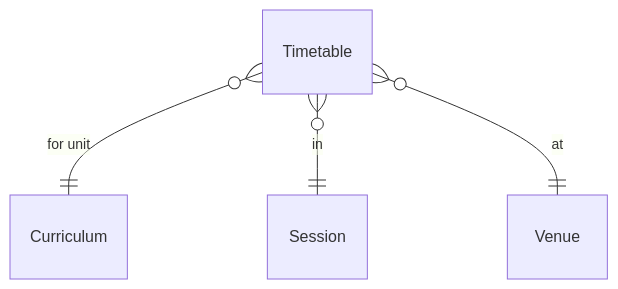
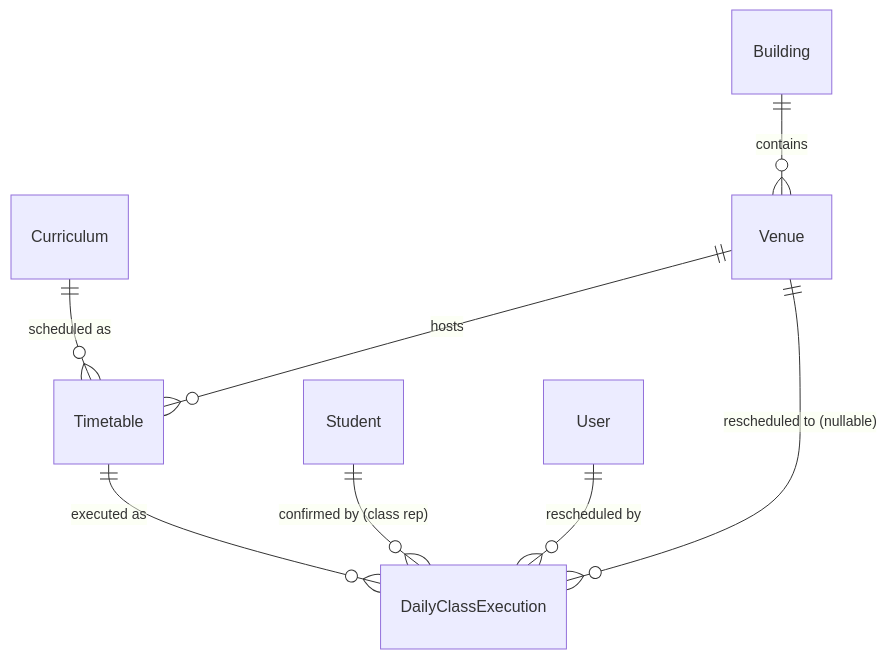
The tenth of 17 diagrams in docs/er-diagram.md (thelaughingbett/Naet), drawn with Mermaid before and after one commit. The commit also changed other lines of this file and 14 other files, not shown here.

````diff
--- a/docs/er-diagram.md
+++ b/docs/er-diagram.md
@@ -72,8 +179,11 @@
 ```mermaid
 erDiagram
-  Timetable }o--|| Curriculum : "for unit"
-  Timetable }o--|| Session : "in"
-  Timetable }o--|| Venue : "at"
-
-
+  direction TB
+  Building ||--o{ Venue : "contains"
+  Curriculum ||--o{ Timetable : "scheduled as"
+  Venue ||--o{ Timetable : "hosts"
+  Timetable ||--o{ DailyClassExecution : "executed as"
+  Student ||--o{ DailyClassExecution : "confirmed by (class rep)"
+  User ||--o{ DailyClassExecution : "rescheduled by"
+  Venue ||--o{ DailyClassExecution : "rescheduled to (nullable)"
 ```
````
